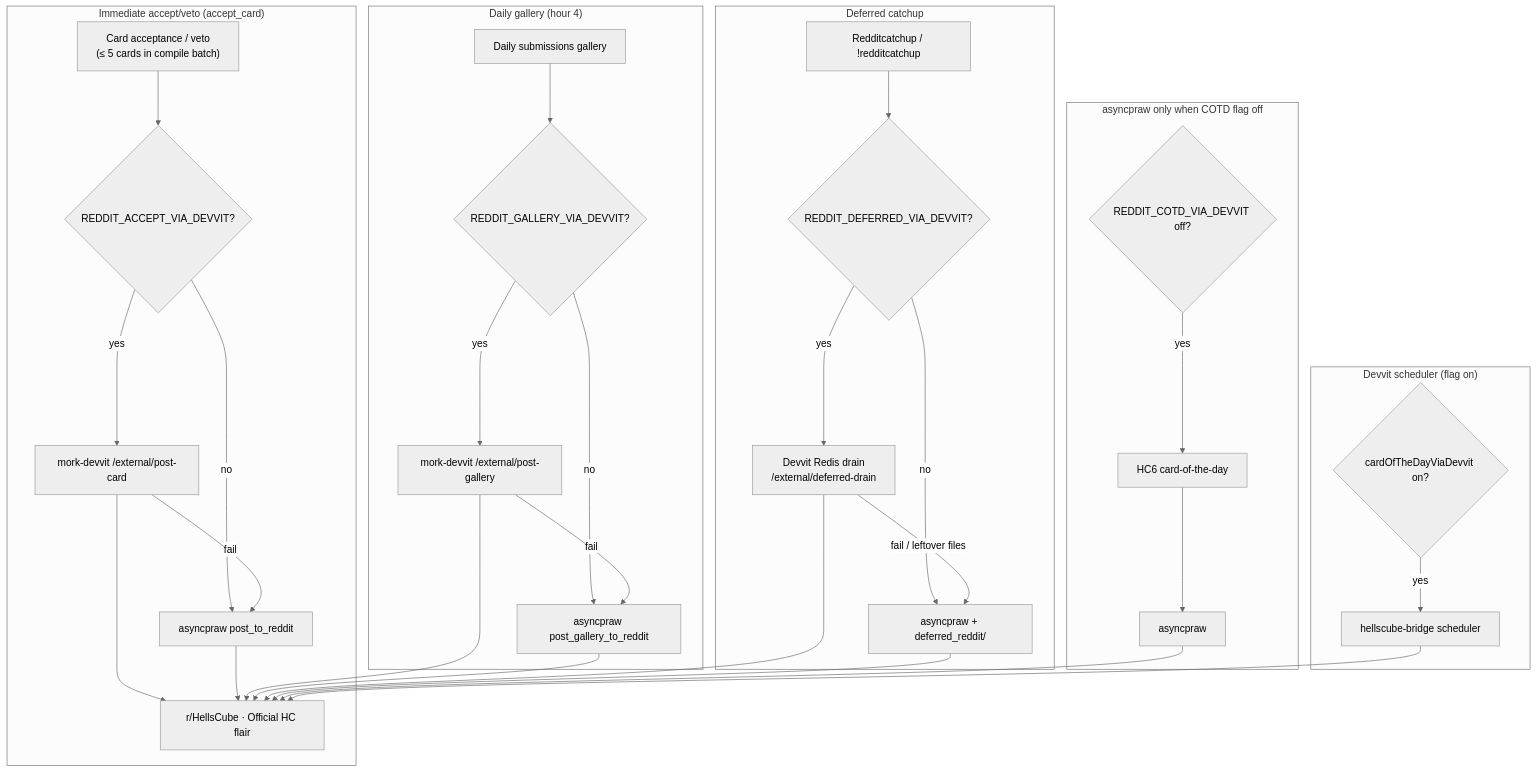
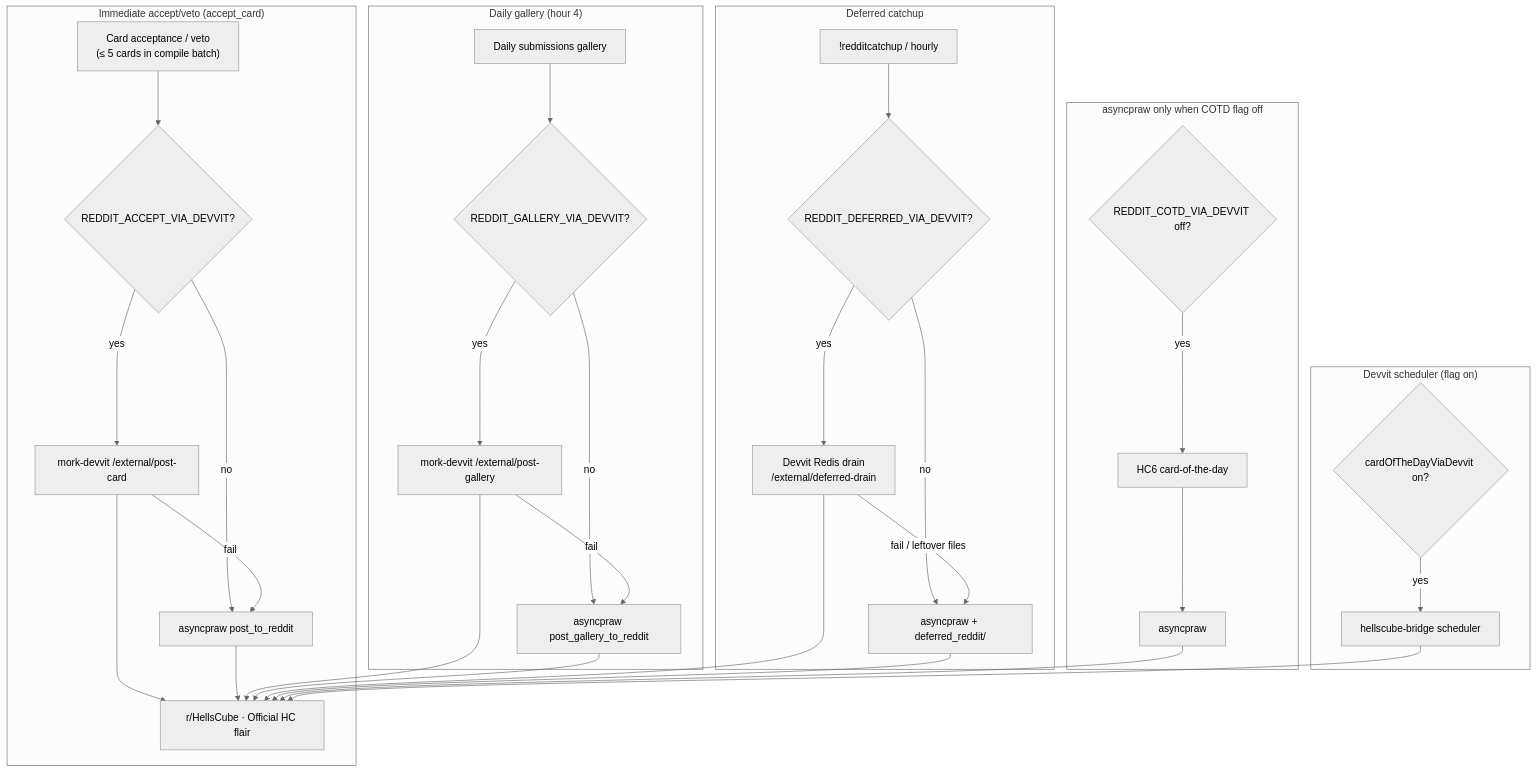
One commit to bones-bones/mork changed the third of 4 diagrams in docs/card-flows/background.md. Above: the diagram before and after it, drawn with Mermaid (neutral theme). The commit also changed other lines of this file and 2 other files, not shown here.

Commit message:
Allow status-only !redditcatchup for Devvit deferred cutover checks. (#179)
Operators can probe local vs Devvit pending and active transport without posting, then drain with !redditcatchup N.

````diff
--- a/docs/card-flows/background.md
+++ b/docs/card-flows/background.md
@@ -70,39 +70,39 @@
 ```mermaid
 flowchart TD
   subgraph immediate["Immediate accept/veto (accept_card)"]
     ACC["Card acceptance / veto<br/>(≤ 5 cards in compile batch)"] --> FLAG{"REDDIT_ACCEPT_VIA_DEVVIT?"}
     FLAG -->|yes| DEV["mork-devvit /external/post-card"]
     FLAG -->|no| PRAW1["asyncpraw post_to_reddit"]
     DEV -->|fail| PRAW1
     DEV --> RED["r/HellsCube · Official HC flair"]
     PRAW1 --> RED
   end
 
   subgraph gallery["Daily gallery (hour 4)"]
     GAL["Daily submissions gallery"] --> GFLAG{"REDDIT_GALLERY_VIA_DEVVIT?"}
     GFLAG -->|yes| GDEV["mork-devvit /external/post-gallery"]
     GFLAG -->|no| PRAWG["asyncpraw post_gallery_to_reddit"]
     GDEV -->|fail| PRAWG
     GDEV --> RED
     PRAWG --> RED
   end
 
   subgraph deferred["Deferred catchup"]
-    RC["Redditcatchup / !redditcatchup"] --> DFLAG{"REDDIT_DEFERRED_VIA_DEVVIT?"}
+    RC["!redditcatchup / hourly"] --> DFLAG{"REDDIT_DEFERRED_VIA_DEVVIT?"}
     DFLAG -->|yes| DDEV["Devvit Redis drain<br/>/external/deferred-drain"]
     DFLAG -->|no| PRAW2["asyncpraw + deferred_reddit/"]
     DDEV -->|fail / leftover files| PRAW2
     DDEV --> RED
     PRAW2 --> RED
   end
 
   subgraph asyncpraw_only["asyncpraw only when COTD flag off"]
     COTD_FLAG{"REDDIT_COTD_VIA_DEVVIT off?"} -->|yes| COTD["HC6 card-of-the-day"] --> PRAW3["asyncpraw"]
     PRAW3 --> RED
   end
 
   subgraph devvit_scheduled["Devvit scheduler (flag on)"]
     COTD_FLAG2{"cardOfTheDayViaDevvit on?"} -->|yes| DEV2["hellscube-bridge scheduler"]
     DEV2 --> RED
   end
 ```
````
